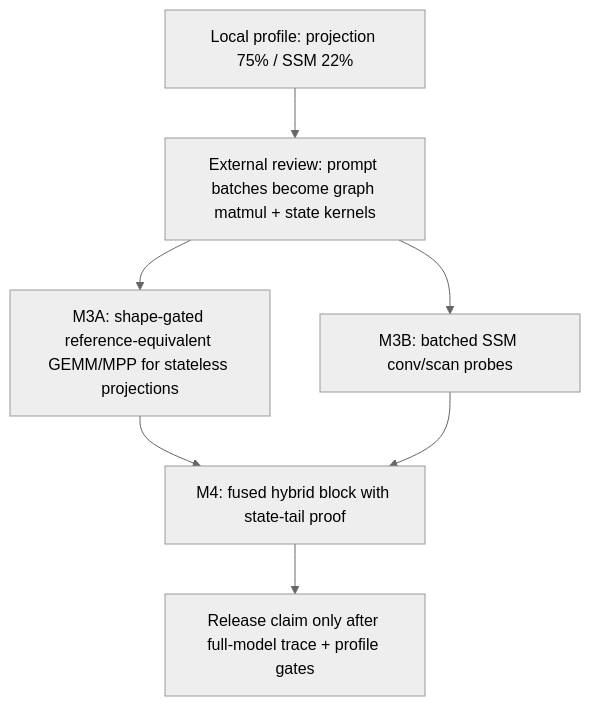
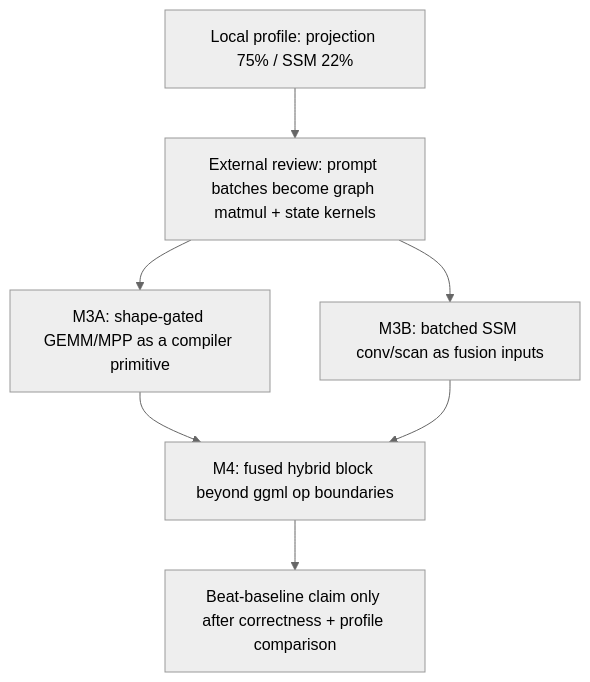
Before and after one commit to 1amageek/swift-lm: the fifth of 12 diagrams in docs/development/hybrid-prefill-progress.md, drawn with Mermaid (neutral theme). The commit also changed other lines of this file, not shown here.

Commit message:
Clarify external prefill baseline strategy

````diff
--- a/docs/development/hybrid-prefill-progress.md
+++ b/docs/development/hybrid-prefill-progress.md
@@ -552,9 +553,9 @@
 ```mermaid
 flowchart TD
   A["Local profile: projection 75% / SSM 22%"] --> B["External review: prompt batches become graph matmul + state kernels"]
-  B --> C["M3A: shape-gated reference-equivalent GEMM/MPP for stateless projections"]
-  B --> D["M3B: batched SSM conv/scan probes"]
-  C --> E["M4: fused hybrid block with state-tail proof"]
+  B --> C["M3A: shape-gated GEMM/MPP as a compiler primitive"]
+  B --> D["M3B: batched SSM conv/scan as fusion inputs"]
+  C --> E["M4: fused hybrid block beyond ggml op boundaries"]
   D --> E
-  E --> F["Release claim only after full-model trace + profile gates"]
+  E --> F["Beat-baseline claim only after correctness + profile comparison"]
 ```
````
